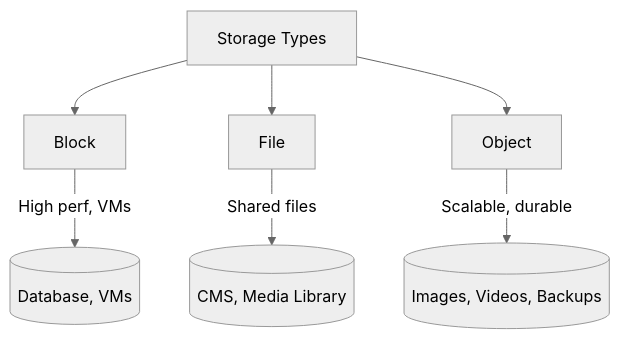
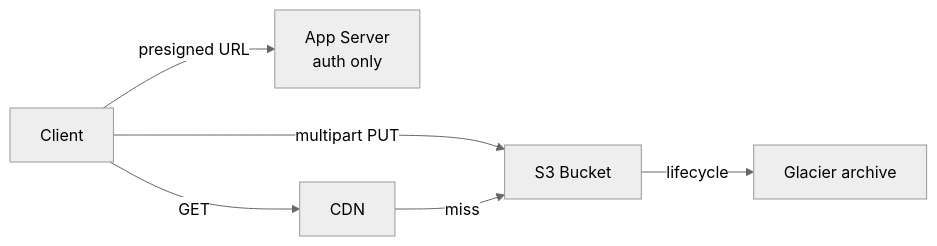
One commit to rakshitagarwal/champ-dsa changed the diagram in content/system-design/storage.md. Above: the diagram before and after it, drawn with Mermaid (neutral theme). The commit also changed other lines of this file and 100 other files, not shown here.

````diff
--- a/content/system-design/storage.md
+++ b/content/system-design/storage.md
@@ -27,9 +35,8 @@
 ```mermaid
-graph TD
-    A[Storage Types] --> B[Block]
-    A --> C[File]
-    A --> D[Object]
-    B -->|High perf, VMs| E[(Database, VMs)]
-    C -->|Shared files| F[(CMS, Media Library)]
-    D -->|Scalable, durable| G[(Images, Videos, Backups)]
+graph LR
+    A[Client] -->|presigned URL| B[App Server<br/>auth only]
+    A -->|multipart PUT| C[S3 Bucket]
+    A -->|GET| D[CDN]
+    D -->|miss| C
+    C -->|lifecycle| E[Glacier archive]
 ```
````
